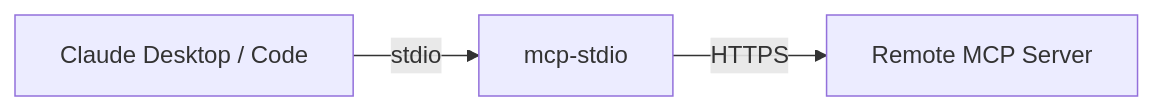
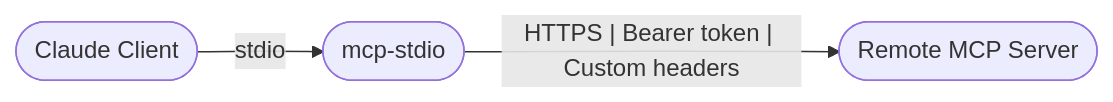
One commit to shigechika/mcp-stdio changed the diagram in README.ja.md. Above: the diagram before and after it, drawn with Mermaid. The commit also changed other lines of this file and 1 other file, not shown here.

Commit message:
docs: update diagram and add #39271 workaround reference
- Replace graph LR with flowchart LR for compact rendering
- Show Bearer token / Custom headers on the HTTPS arrow
- Soften "Why?" section to feature description (not bug reference)
- Add #39271 (Bearer token regression) to Features section

````diff
--- a/README.ja.md
+++ b/README.ja.md
@@ -11,5 +11,5 @@
 ```mermaid
-graph LR
-    A[Claude Desktop / Code] -- stdio --> B[mcp-stdio]
-    B -- HTTPS --> C[Remote MCP Server]
+flowchart LR
+    A([Claude Client]) -- stdio --> B([mcp-stdio])
+    B -- "HTTPS | Bearer token | Custom headers" --> C([Remote MCP Server])
 ```
````
